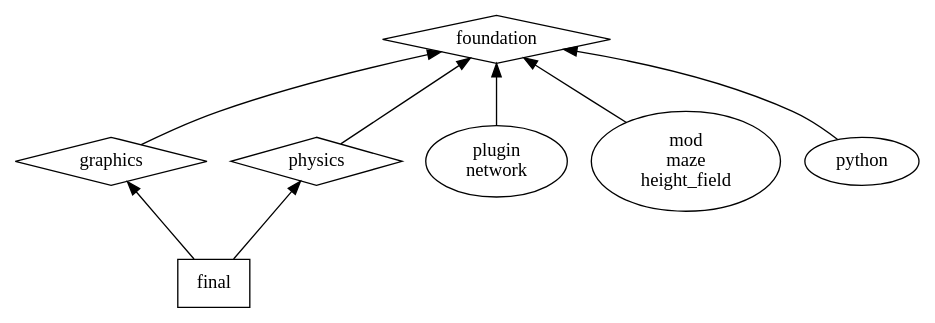
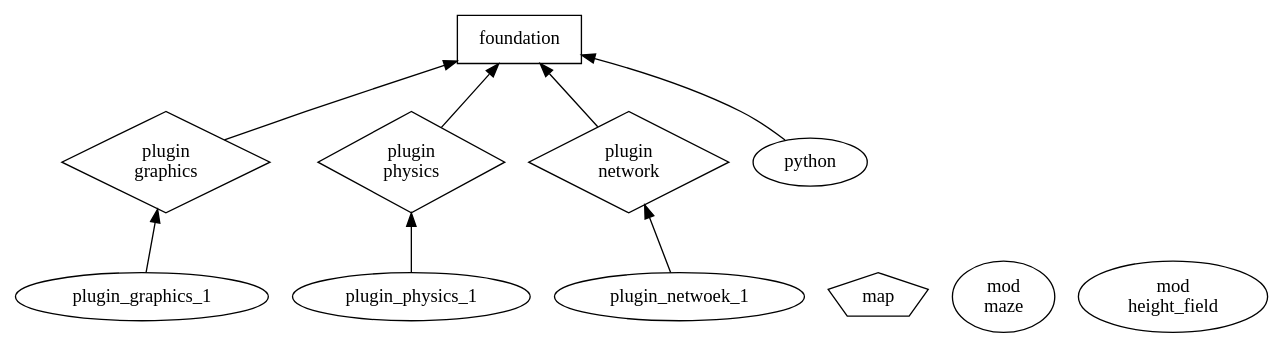
The diagram in doc/modules.dot (nebula-engine/Nebula), drawn with Graphviz before and after one commit.

Commit message:
make dll::helper more general

```diff
--- a/doc/modules.dot
+++ b/doc/modules.dot
@@ -1,49 +1,52 @@
 digraph pipeline {
 	rankdir = BT;
 
 	/*
 	subgraph cluster_async {
 		label = "Async (input)";
 		socket_in;
 		events;
 	}
 	subgraph cluster_output {
 		label = "Output";
 		socket_out;
 	}
 	subgraph cluster_sync {
 		label = "Sync (game loop)";
 		update_state -> integrate_state -> notify_state_change -> render -> update_state
 	}
 	state [shape=box];
 	
 	update_state -> state [style=dashed];
 	state -> integrate_state [style=dashed];
 
 	events -> state [style=dashed];
 
 	socket_in -> events;
 	socket_in -> state [style=dashed];
 
 	blank1 [label=""];
 
 	notify_state_change -> blank1 [style=dashed];
 	blank1 -> state [style=dashed];
 	blank1 -> socket_out [style=dashed];
 	*/
 
-	foundation [shape=diamond]
-	graphics [shape=diamond]
-	physics [shape=diamond]
-	final [shape=box]
+	foundation [shape=box]
 	
-	plugin [label="plugin\nnetwork"]
-	mod [label="mod\nmaze\nheight_field"]
+	plugin_graphics [label="plugin\ngraphics"; shape=diamond]
+	plugin_physics [label="plugin\nphysics"; shape=diamond]
+	plugin_network [label="plugin\nnetwork"; shape=diamond]
 	
-	mod -> foundation
+	map [shape=pentagon]
+
+	mod_1 [label="mod\nmaze"]
+	mod_2 [label="mod\nheight_field"]
+	
+	plugin_graphics_1 -> plugin_graphics -> foundation
+	plugin_physics_1 -> plugin_physics -> foundation
+	plugin_netwoek_1 -> plugin_network -> foundation
+
 	python -> foundation
-	plugin -> foundation
 
-	final -> graphics -> foundation
-	final -> physics -> foundation
 }
```
